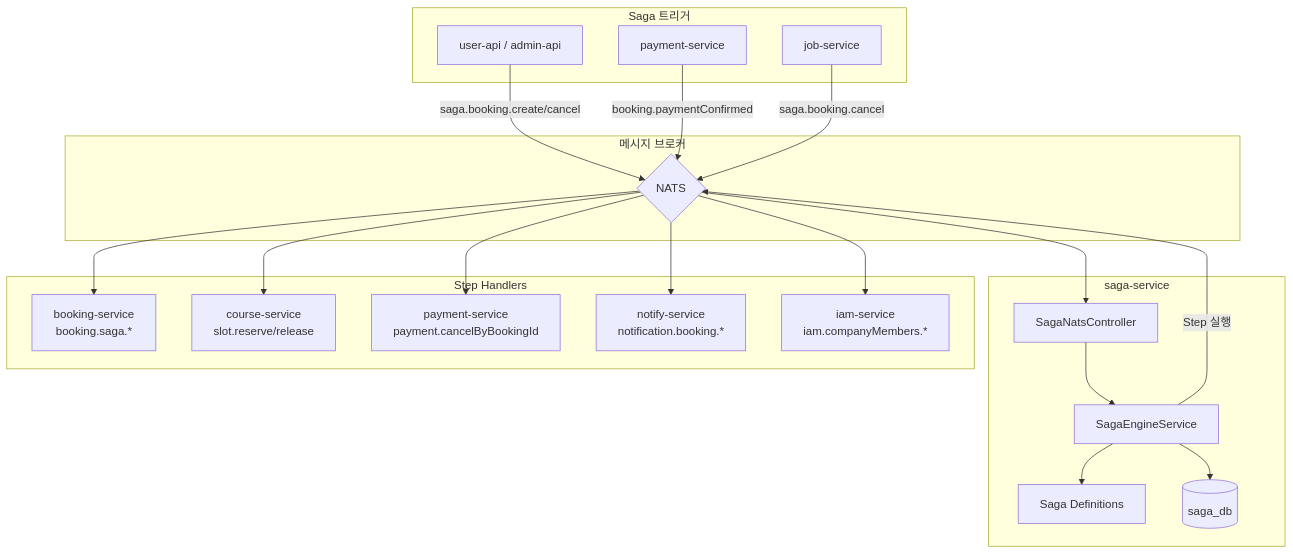
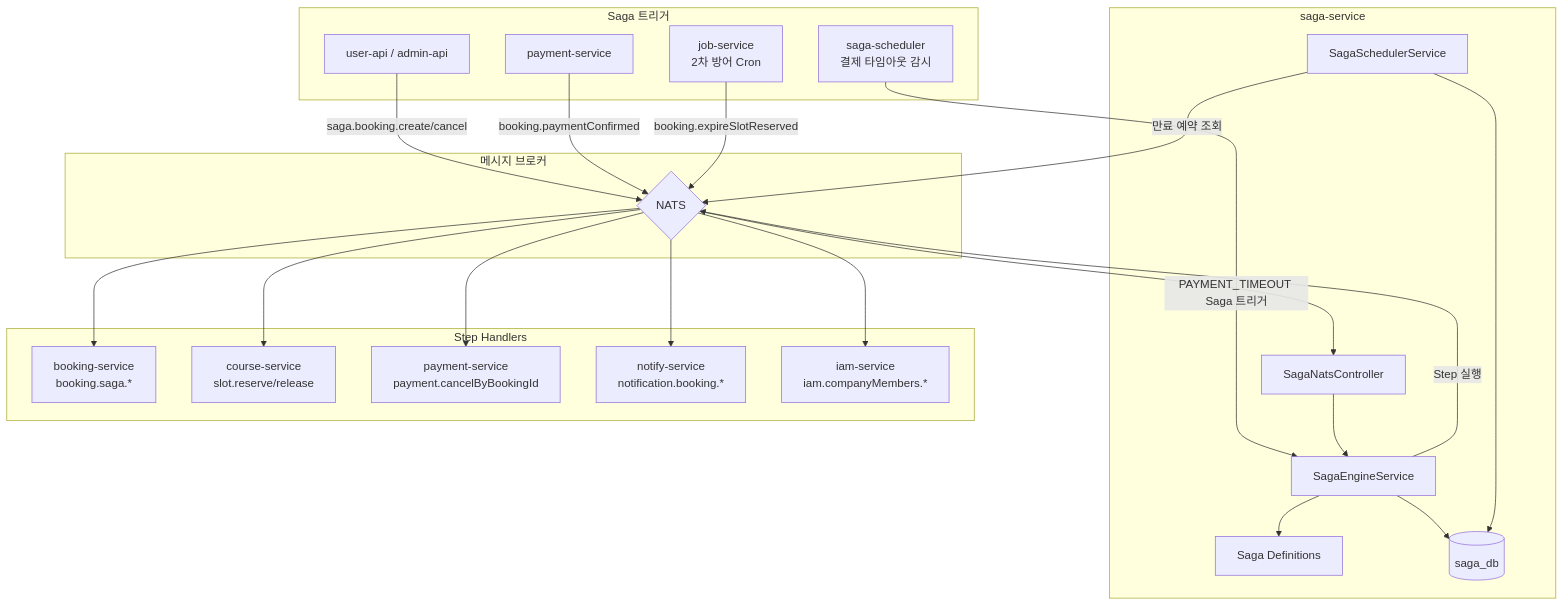
One commit to uniyous/parkgolf-platform changed the first of 9 diagrams in docs/workflow/SAGA.md. Above: the diagram before and after it, drawn with Mermaid. The commit also changed other lines of this file and 32 other files, not shown here.

First line of the commit message:
feat(booking): AI 부킹 워크플로우 개선 — TEAM_COMPLETE 통일, 카드 추가

````diff
--- a/docs/workflow/SAGA.md
+++ b/docs/workflow/SAGA.md
@@ -48,37 +50,42 @@
 ```mermaid
 flowchart TB
     subgraph Triggers["Saga 트리거"]
         UA[user-api / admin-api]
         PS[payment-service]
-        JOB[job-service]
+        SCHED[saga-scheduler<br/>결제 타임아웃 감시]
+        JOB[job-service<br/>2차 방어 Cron]
     end
 
     subgraph Orchestrator["saga-service"]
         CTRL[SagaNatsController]
         ENGINE[SagaEngineService]
         DEFS[Saga Definitions]
+        SCHEDULER[SagaSchedulerService]
         DB_S[(saga_db)]
     end
 
     subgraph StepHandlers["Step Handlers"]
         BS[booking-service<br/>booking.saga.*]
         CS[course-service<br/>slot.reserve/release]
         PAY[payment-service<br/>payment.cancelByBookingId]
         NS[notify-service<br/>notification.booking.*]
         IAM[iam-service<br/>iam.companyMembers.*]
     end
 
     subgraph MsgBroker["메시지 브로커"]
         NATS{NATS}
     end
 
     UA -->|saga.booking.create/cancel| NATS
     PS -->|booking.paymentConfirmed| NATS
-    JOB -->|saga.booking.cancel| NATS
+    SCHED -->|PAYMENT_TIMEOUT Saga 트리거| ENGINE
+    JOB -->|booking.expireSlotReserved| NATS
     NATS --> CTRL
     CTRL --> ENGINE
     ENGINE --> DEFS
     ENGINE --> DB_S
+    SCHEDULER --> DB_S
+    SCHEDULER -->|만료 예약 조회| NATS
     ENGINE -->|Step 실행| NATS
     NATS --> BS & CS & PAY & NS & IAM
 ```
````
